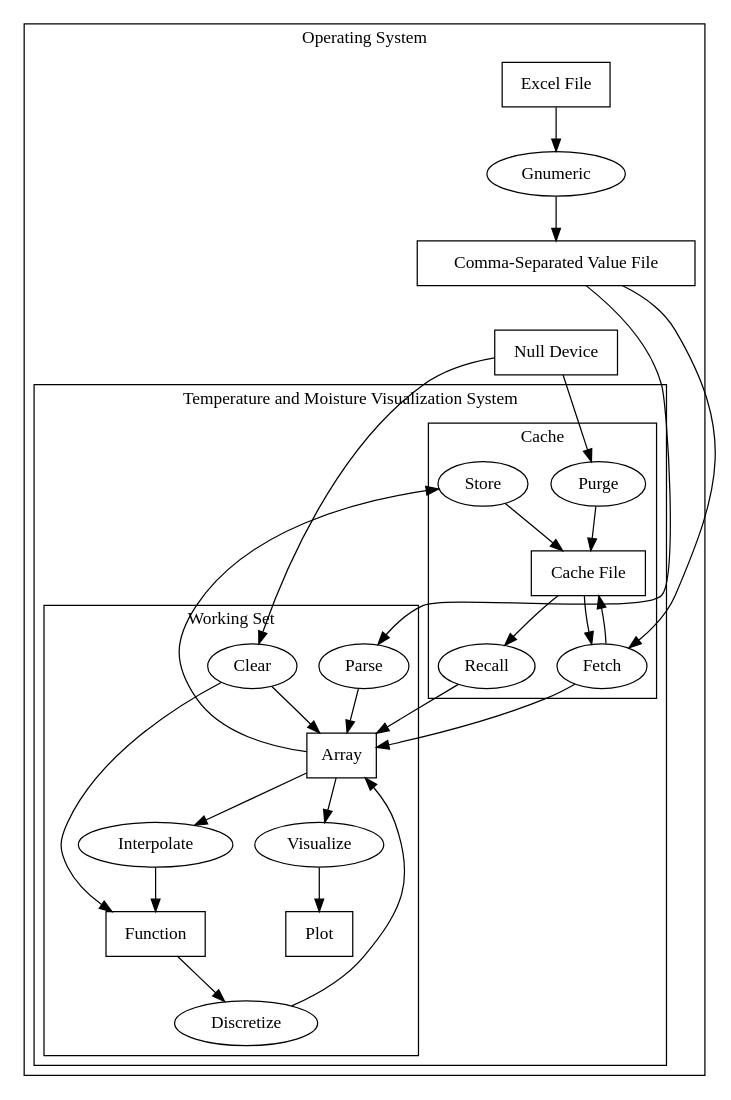
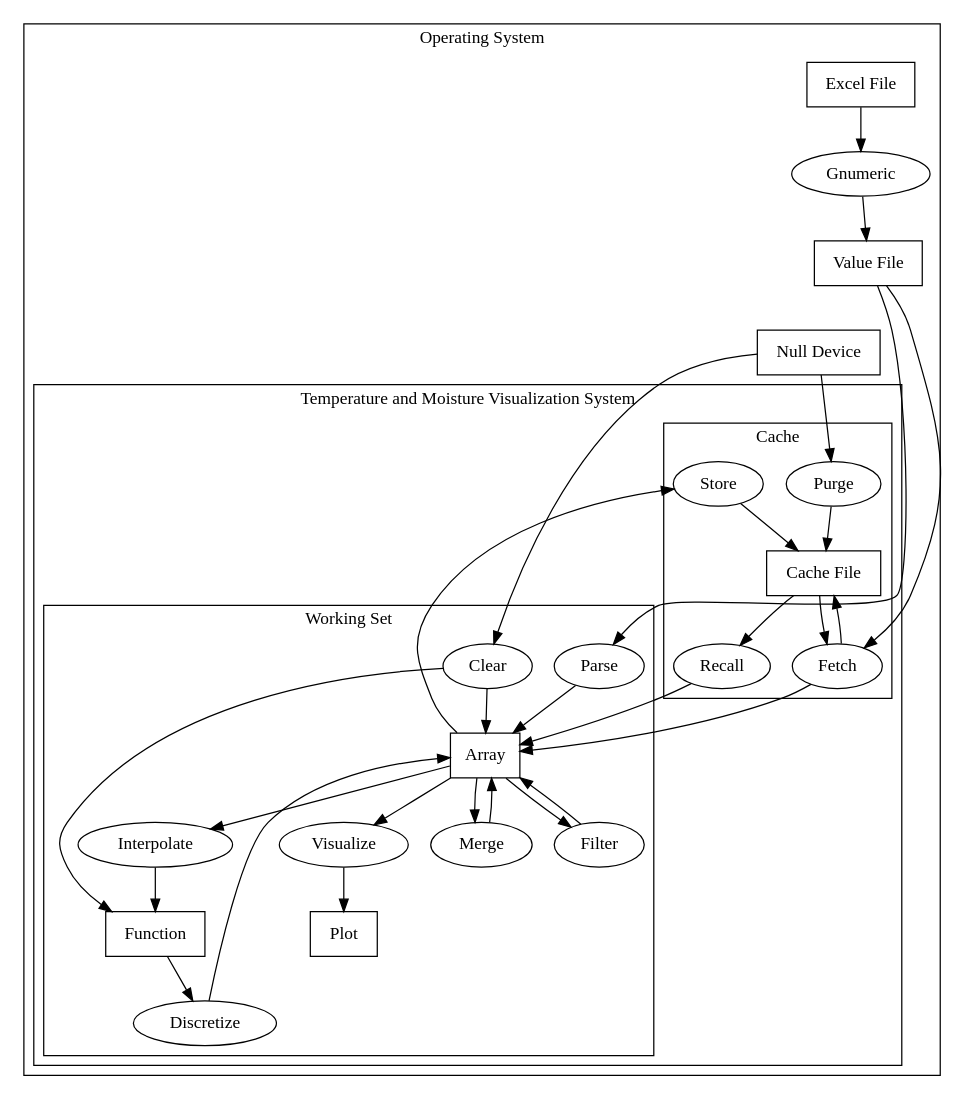
The diagram in data-flow.dot (Tuplanolla/tmvs), drawn with Graphviz before and after one commit. The commit also changed 8 other files, not shown here.

```diff
--- a/data-flow.dot
+++ b/data-flow.dot
@@ -1,62 +1,66 @@
 digraph {
   subgraph cluster_cace {
     label = "Operating System"
 
     node [shape = box]
     null [label = "Null Device"]
     xls [label = "Excel File"]
-    csv [label = "Comma-Separated Value File"]
+    csv [label = "Value File"]
 
     node [shape = oval]
     gnumeric [label = "Gnumeric"]
 
     subgraph cluster_tmvs {
       label = "Temperature and Moisture Visualization System"
 
       subgraph cluster_ws {
         label = "Working Set"
 
         node [shape = box]
         array [label = "Array"]
         function [label = "Function"]
         plot [label = "Plot"]
 
         node [shape = oval]
         parse [label = "Parse"]
         interpolate [label = "Interpolate"]
         discretize [label = "Discretize"]
+        merge [label = "Merge"]
+        filter [label = "Filter"]
         visualize [label = "Visualize"]
         clear [label = "Clear"]
       }
 
       subgraph cluster_cache {
         label = "Cache"
 
         node [shape = box]
         cache [label = "Cache File"]
 
         node [shape = oval]
         store [label = "Store"]
         recall [label = "Recall"]
         fetch [label = "Fetch"]
         purge [label = "Purge"]
       }
     }
   }
 
   xls -> gnumeric -> csv
   csv -> parse -> array
   array -> interpolate -> function
   function -> discretize -> array
+  array -> merge -> array
+  array -> filter -> array
   array -> visualize -> plot
   null -> clear
   clear -> array
   clear -> function
   array -> store -> cache
   cache -> recall -> array
   csv -> fetch -> array
   cache -> fetch -> cache
   null -> purge -> cache
 
   csv -> null [style = invis]
 }
```
